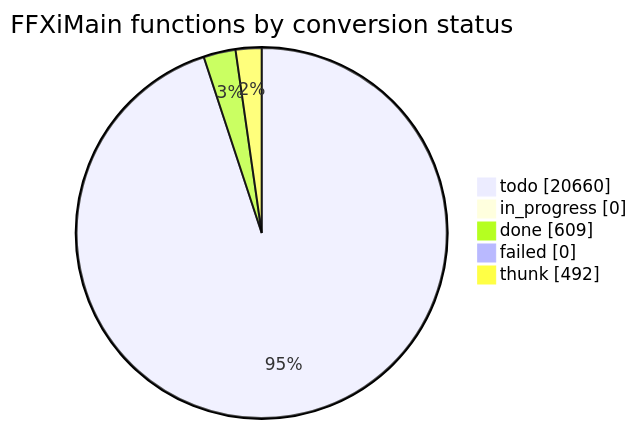
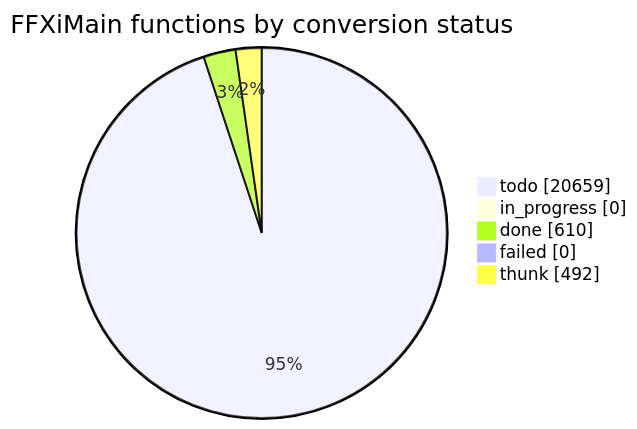
Before and after one commit to cowrevenge/cow_kuluu_xi_anything: the diagram in docs/cow/STATUS.md, drawn with Mermaid. The commit also changed other lines of this file and 9 other files, not shown here.

````diff
--- a/docs/cow/STATUS.md
+++ b/docs/cow/STATUS.md
@@ -18,9 +18,9 @@
 ```mermaid
 pie showData
     title FFXiMain functions by conversion status
-    "todo" : 20660
+    "todo" : 20659
     "in_progress" : 0
-    "done" : 609
+    "done" : 610
     "failed" : 0
     "thunk" : 492
 ```
````
